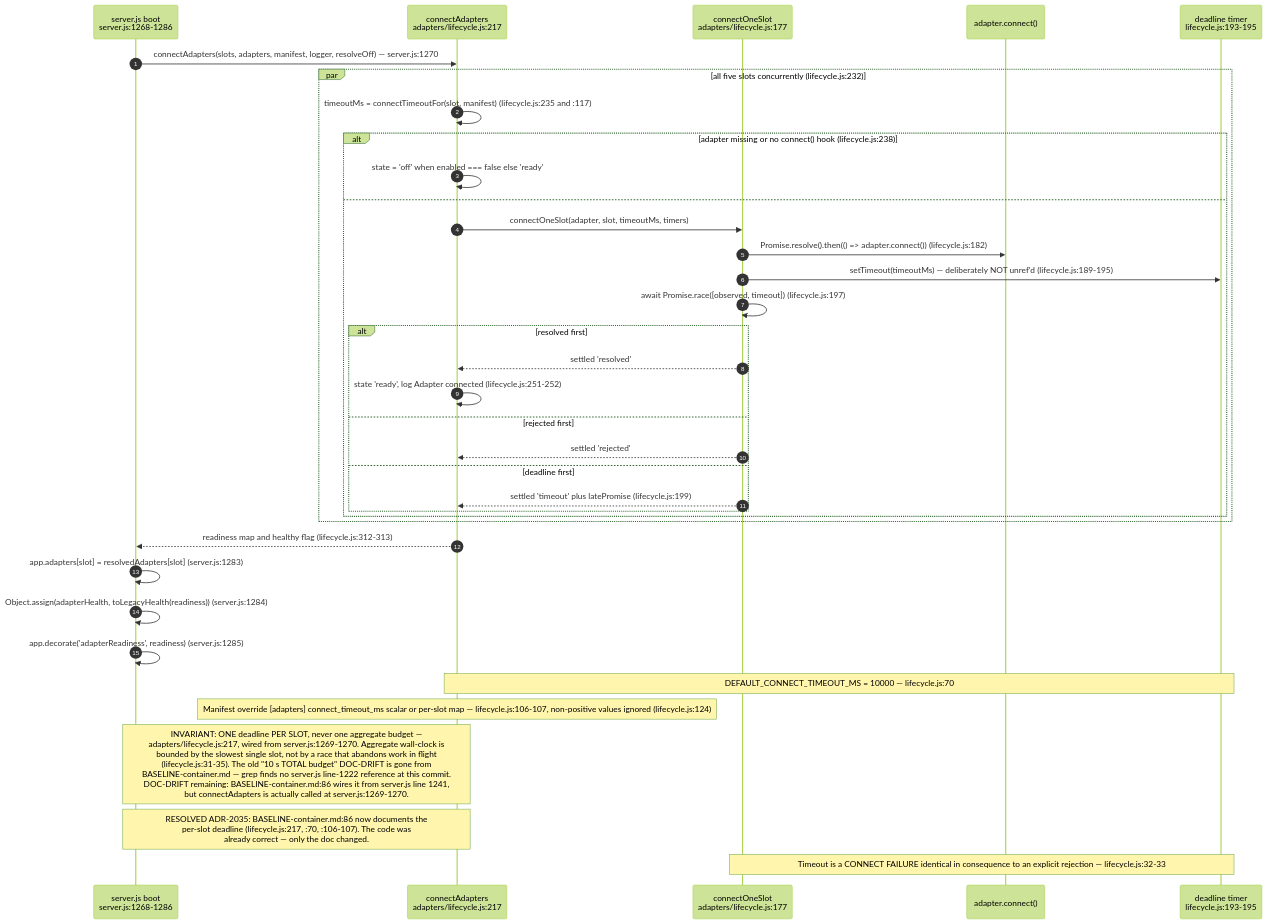
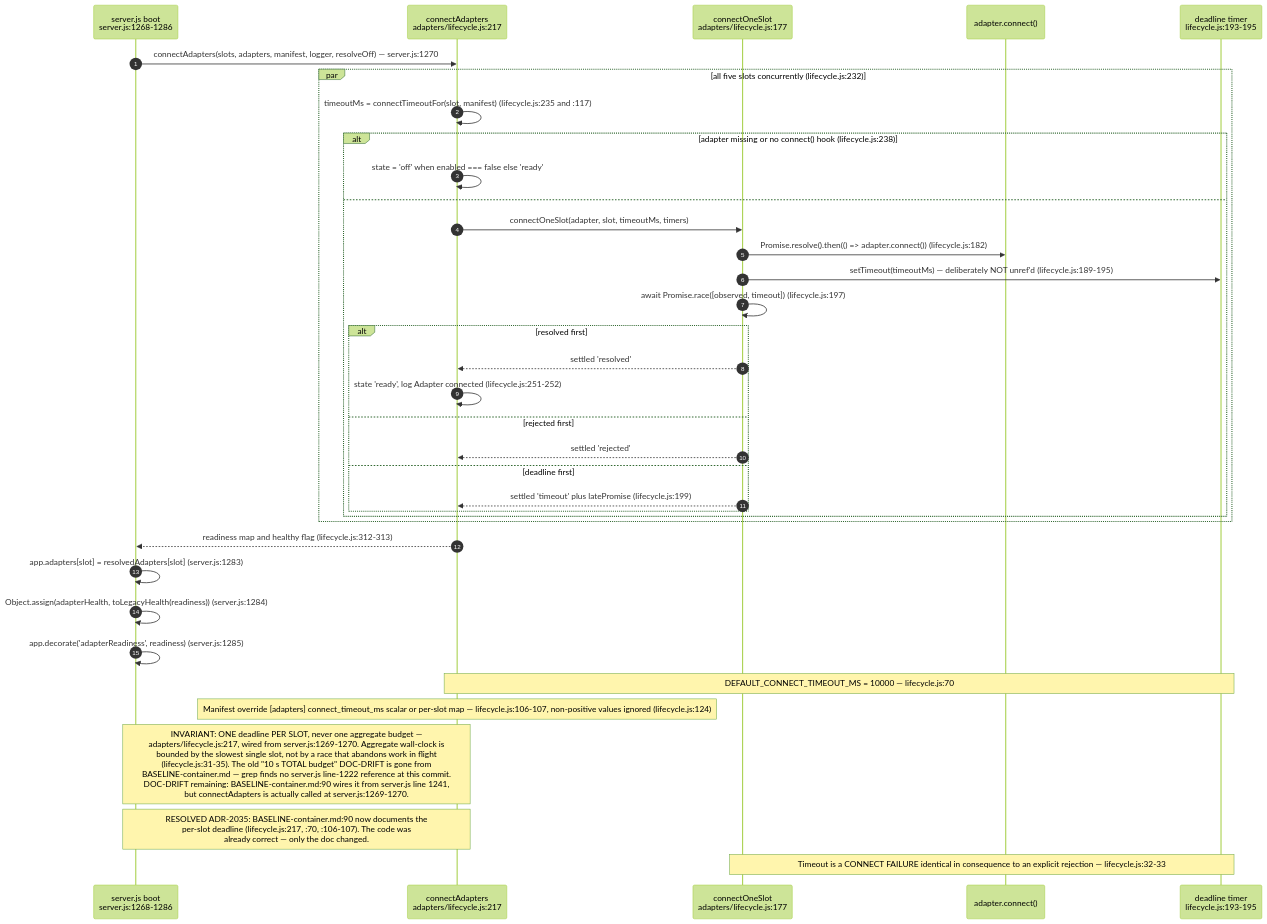
The sixth of 15 diagrams in docs/diagrams/agentbox/04-adapter-spine.md (DreamLab-AI/VisionFlow), drawn with Mermaid (forest theme) before and after one commit. The commit also changed other lines of this file and 136 other files, not shown here.

First line of the commit message:
docs(diagrams): refresh the whole corpus to code HEAD and prune low-value diagrams

````diff
--- a/docs/diagrams/agentbox/04-adapter-spine.md
+++ b/docs/diagrams/agentbox/04-adapter-spine.md
@@ -255,39 +257,39 @@
 ```mermaid
 sequenceDiagram
     autonumber
     participant SV as server.js boot<br/>server.js:1268-1286
     participant LC as connectAdapters<br/>adapters/lifecycle.js:217
     participant CO as connectOneSlot<br/>adapters/lifecycle.js:177
     participant AD as adapter.connect()
     participant T as deadline timer<br/>lifecycle.js:193-195
 
     SV->>LC: connectAdapters(slots, adapters, manifest, logger, resolveOff) — server.js:1270
     par all five slots concurrently (lifecycle.js:232)
         LC->>LC: timeoutMs = connectTimeoutFor(slot, manifest) (lifecycle.js:235 and :117)
         alt adapter missing or no connect() hook (lifecycle.js:238)
             LC->>LC: state = 'off' when enabled === false else 'ready'
         else
             LC->>CO: connectOneSlot(adapter, slot, timeoutMs, timers)
             CO->>AD: Promise.resolve().then(() => adapter.connect()) (lifecycle.js:182)
             CO->>T: setTimeout(timeoutMs) — deliberately NOT unref'd (lifecycle.js:189-195)
             CO->>CO: await Promise.race([observed, timeout]) (lifecycle.js:197)
             alt resolved first
                 CO-->>LC: settled 'resolved'
                 LC->>LC: state 'ready', log Adapter connected (lifecycle.js:251-252)
             else rejected first
                 CO-->>LC: settled 'rejected'
             else deadline first
                 CO-->>LC: settled 'timeout' plus latePromise (lifecycle.js:199)
             end
         end
     end
     LC-->>SV: readiness map and healthy flag (lifecycle.js:312-313)
     SV->>SV: app.adapters[slot] = resolvedAdapters[slot] (server.js:1283)
     SV->>SV: Object.assign(adapterHealth, toLegacyHealth(readiness)) (server.js:1284)
     SV->>SV: app.decorate('adapterReadiness', readiness) (server.js:1285)
     Note over LC,T: DEFAULT_CONNECT_TIMEOUT_MS = 10000 — lifecycle.js:70
     Note over LC: Manifest override [adapters] connect_timeout_ms scalar or per-slot map — lifecycle.js:106-107, non-positive values ignored (lifecycle.js:124)
-    Note over SV,LC: INVARIANT: ONE deadline PER SLOT, never one aggregate budget —<br/>adapters/lifecycle.js:217, wired from server.js:1269-1270. Aggregate wall-clock is<br/>bounded by the slowest single slot, not by a race that abandons work in flight<br/>(lifecycle.js:31-35). The old "10 s TOTAL budget" DOC-DRIFT is gone from<br/>BASELINE-container.md — grep finds no server.js line-1222 reference at this commit.<br/>DOC-DRIFT remaining: BASELINE-container.md:86 wires it from server.js line 1241,<br/>but connectAdapters is actually called at server.js:1269-1270.
-    Note over SV,LC: RESOLVED ADR-2035: BASELINE-container.md:86 now documents the<br/>per-slot deadline (lifecycle.js:217, :70, :106-107). The code was<br/>already correct — only the doc changed.
+    Note over SV,LC: INVARIANT: ONE deadline PER SLOT, never one aggregate budget —<br/>adapters/lifecycle.js:217, wired from server.js:1269-1270. Aggregate wall-clock is<br/>bounded by the slowest single slot, not by a race that abandons work in flight<br/>(lifecycle.js:31-35). The old "10 s TOTAL budget" DOC-DRIFT is gone from<br/>BASELINE-container.md — grep finds no server.js line-1222 reference at this commit.<br/>DOC-DRIFT remaining: BASELINE-container.md:90 wires it from server.js line 1241,<br/>but connectAdapters is actually called at server.js:1269-1270.
+    Note over SV,LC: RESOLVED ADR-2035: BASELINE-container.md:90 now documents the<br/>per-slot deadline (lifecycle.js:217, :70, :106-107). The code was<br/>already correct — only the doc changed.
     Note over CO,T: Timeout is a CONNECT FAILURE identical in consequence to an explicit rejection — lifecycle.js:32-33
 ```
````
